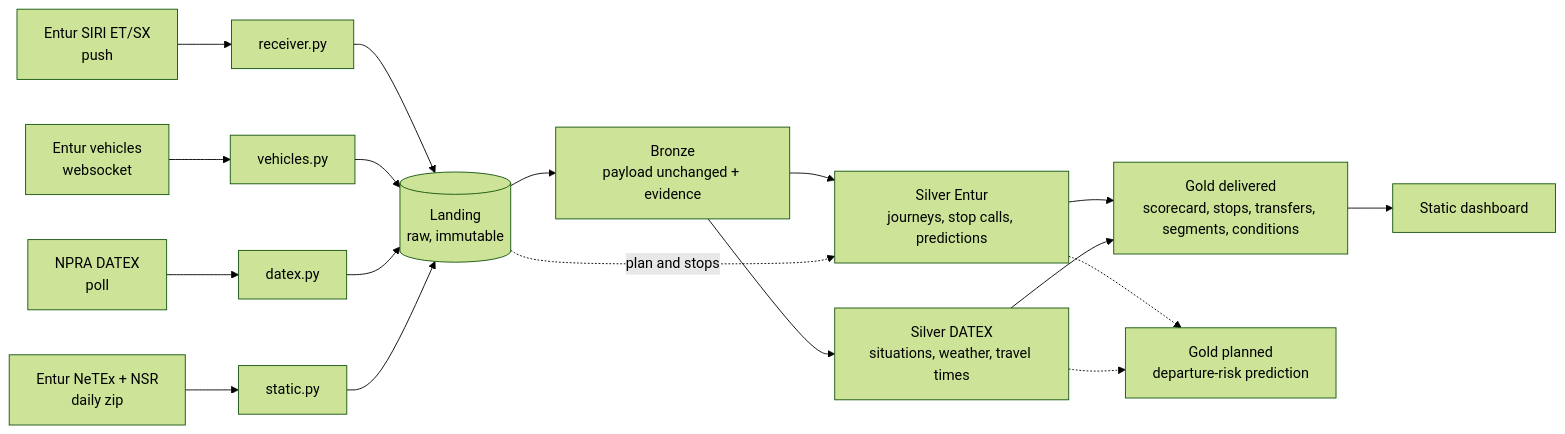
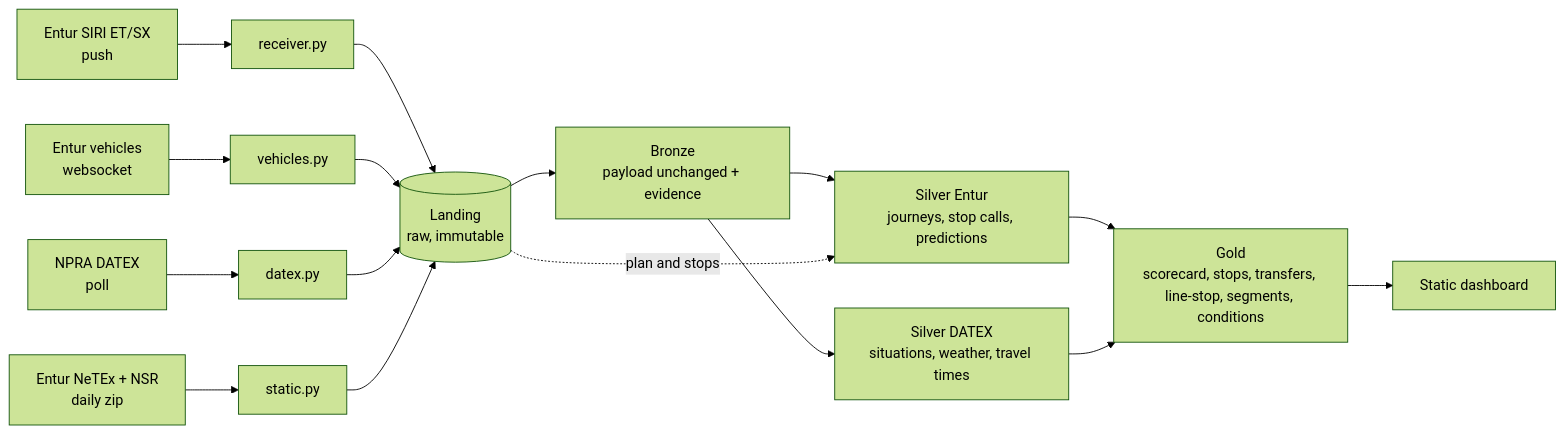
The diagram in docs/report/overview.md (DanyGoT/dat535-group21), drawn with Mermaid (forest theme) before and after one commit. The commit also changed other lines of this file and 18 other files, not shown here.

````diff
--- a/docs/report/overview.md
+++ b/docs/report/overview.md
@@ -17,18 +18,16 @@
 ```mermaid
 flowchart LR
     E[Entur SIRI ET/SX<br/>push] --> R[receiver.py]
     V[Entur vehicles<br/>websocket] --> W[vehicles.py]
     N[NPRA DATEX<br/>poll] --> D[datex.py]
     T[Entur NeTEx + NSR<br/>daily zip] --> S[static.py]
     R & W & D --> L[(Landing<br/>raw, immutable)]
     S --> L
     L --> B[Bronze<br/>payload unchanged + evidence]
     B --> SE[Silver Entur<br/>journeys, stop calls, predictions]
     B --> SD[Silver DATEX<br/>situations, weather, travel times]
     L -. plan and stops .-> SE
-    SE --> G[Gold delivered<br/>scorecard, stops, transfers, segments, conditions]
+    SE --> G[Gold<br/>scorecard, stops, transfers, line-stop, segments, conditions]
     SD --> G
     G --> DB[Static dashboard]
-    SE -.-> P[Gold planned<br/>departure-risk prediction]
-    SD -.-> P
 ```
````
